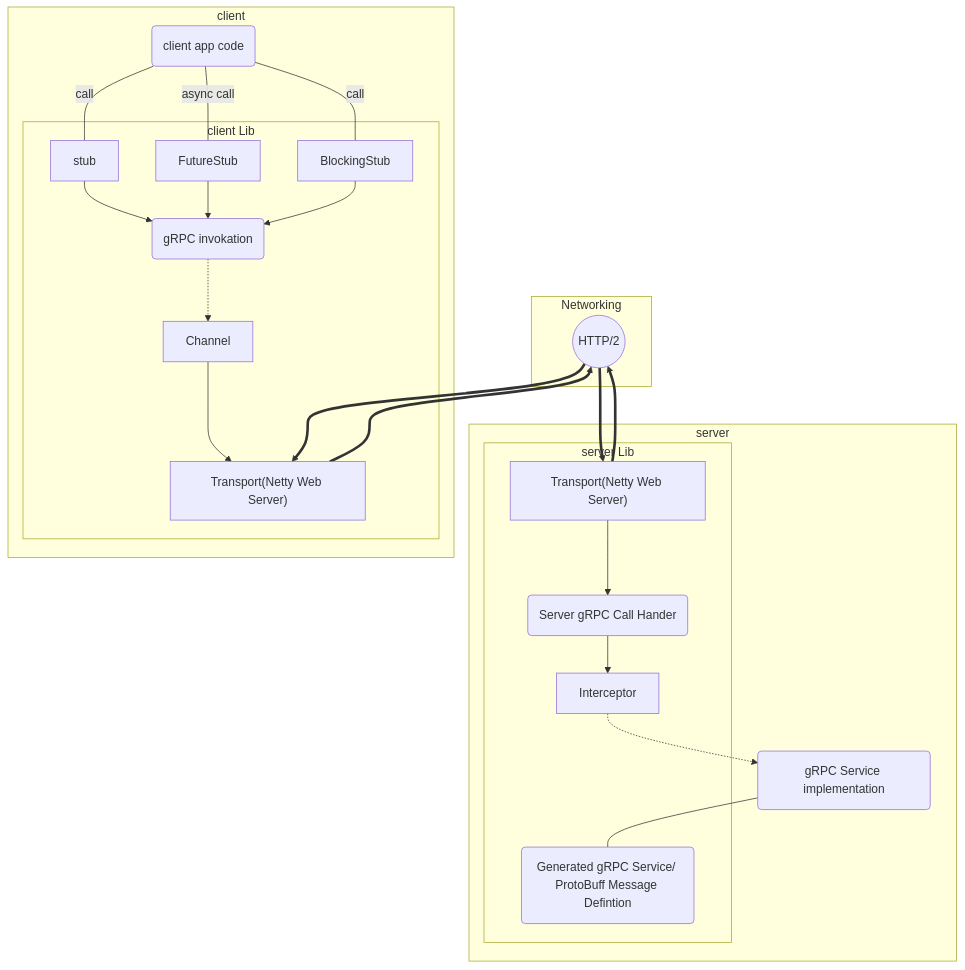
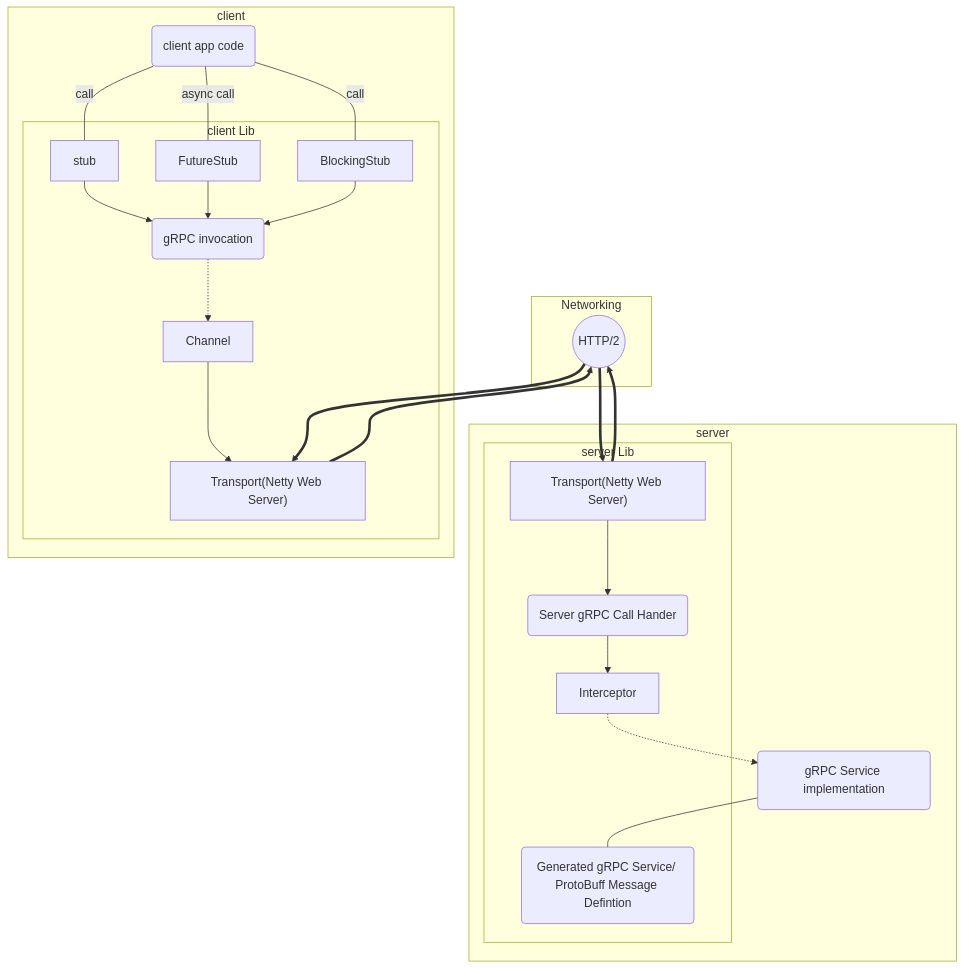
Before and after one commit to windperson/grpc-springboot-demo: the diagram in docs/grpc-java-arch.mmd, drawn with Mermaid. The commit also changed 1 other file, not shown here.

```diff
--- a/docs/grpc-java-arch.mmd
+++ b/docs/grpc-java-arch.mmd
@@ -1,34 +1,34 @@
 graph TB
 
 subgraph Networking
   http2((HTTP/2))
 end
 
 subgraph server
   serverApp(gRPC Service implementation)
   serverApp --- SDL("Generated gRPC Service/ ProtoBuff Message Defintion")
   Interceptor -.-> serverApp
   subgraph server Lib
     SDL
     gRPCserverHandler(Server gRPC Call Hander) --> Interceptor
     ServerTransport["Transport(Netty Web Server)"] --> gRPCserverHandler
   end
 end
 
 subgraph client
     clientApp(client app code) ---|call| stub
     clientApp(client app code) ---|async call| FutureStub
     clientApp(client app code) ---|call| BlockingStub
     subgraph client Lib
-      stub --> gRPCClientInvoke(gRPC invokation)
+      stub --> gRPCClientInvoke(gRPC invocation)
       FutureStub --> gRPCClientInvoke
       BlockingStub --> gRPCClientInvoke
       gRPCClientInvoke -.-> Channel
       Channel --> ClientTransport["Transport(Netty Web Server)"]
     end
 end
 
 ClientTransport ==> http2
 http2 ==> ServerTransport
 ServerTransport ==> http2
 http2 ==> ClientTransport
```
